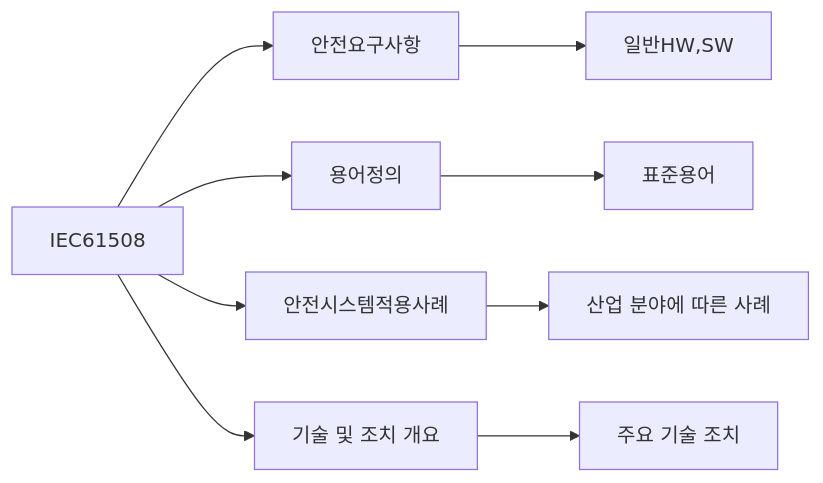
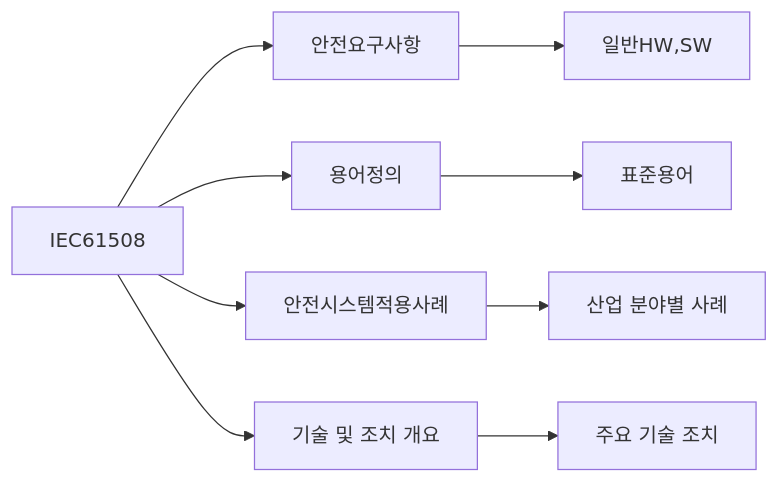
Before and after one commit to gracefullight/gracefullight.github.io: the first of 2 diagrams in blog/pe/sw/iec-61508-security-integrity-level.md, drawn with Mermaid. The commit also changed 1 other file, not shown here.

Commit message:
docs(pe): 📚️ typo

````diff
--- a/blog/pe/sw/iec-61508-security-integrity-level.md
+++ b/blog/pe/sw/iec-61508-security-integrity-level.md
@@ -20,7 +20,7 @@
 ```mermaid
 graph LR
   IEC61508 --> 안전요구사항 --> 일반HW,SW
   IEC61508 --> 용어정의 --> 표준용어
-  IEC61508 --> 안전시스템적용사례 --> 산업분야[산업 분야에 따른 사례]
+  IEC61508 --> 안전시스템적용사례 --> 산업분야[산업 분야별 사례]
   IEC61508 --> 기술및조치[기술 및 조치 개요] --> 주요기술조치[주요 기술 조치]
 ```
````
